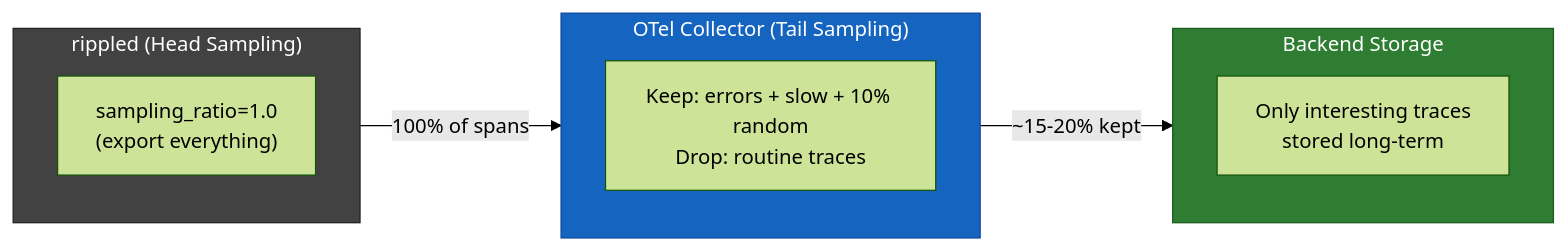
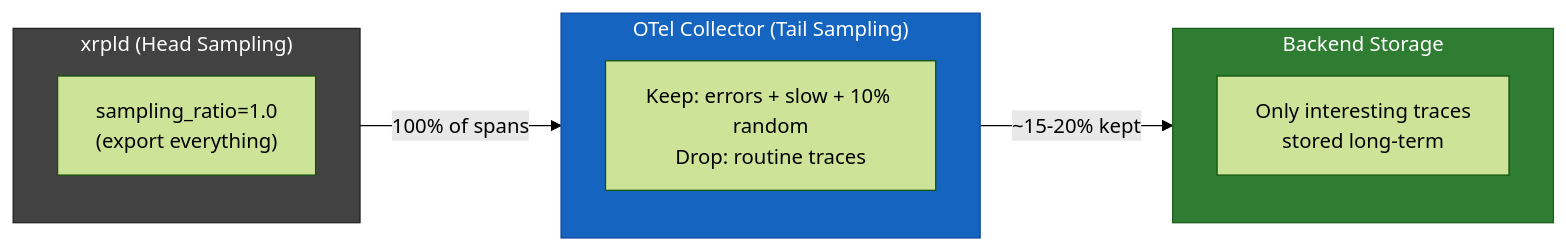
Diagram 13 of 14 in OpenTelemetryPlan/presentation.md (XRPLF/rippled), drawn with Mermaid (forest theme) before and after one commit. The commit also changed other lines of this file and 10 other files, not shown here.

````diff
--- a/OpenTelemetryPlan/presentation.md
+++ b/OpenTelemetryPlan/presentation.md
@@ -592,20 +592,20 @@
 ```mermaid
 flowchart LR
-    subgraph rippled["rippled (Head Sampling)"]
+    subgraph xrpld["xrpld (Head Sampling)"]
         HS["sampling_ratio=1.0<br/>(export everything)"]
     end
 
     subgraph collector["OTel Collector (Tail Sampling)"]
         TS["Keep: errors + slow + 10% random<br/>Drop: routine traces"]
     end
 
     subgraph storage["Backend Storage"]
         ST["Only interesting traces<br/>stored long-term"]
     end
 
-    rippled -->|"100% of spans"| collector -->|"~15-20% kept"| storage
+    xrpld -->|"100% of spans"| collector -->|"~15-20% kept"| storage
 
-    style rippled fill:#424242,stroke:#212121,color:#fff
+    style xrpld fill:#424242,stroke:#212121,color:#fff
     style collector fill:#1565c0,stroke:#0d47a1,color:#fff
     style storage fill:#2e7d32,stroke:#1b5e20,color:#fff
 ```
````
